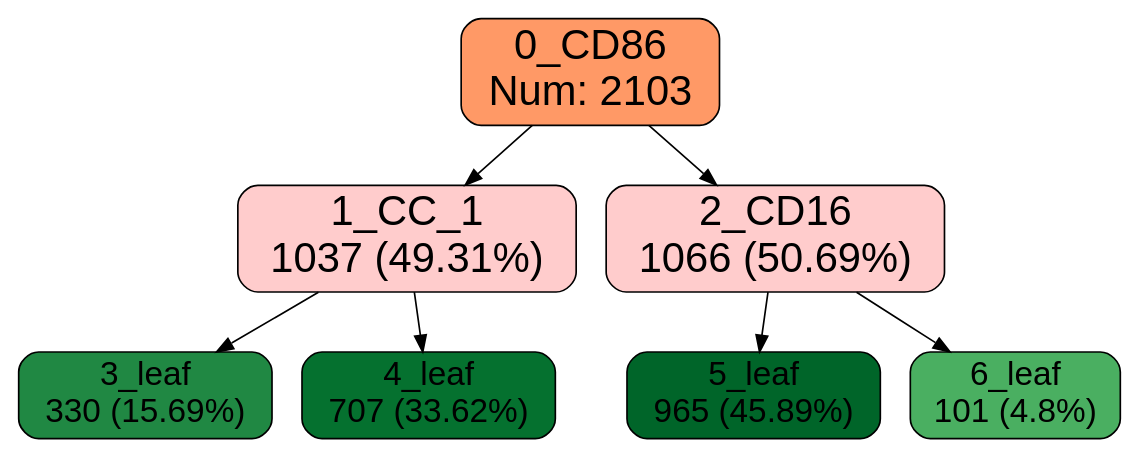
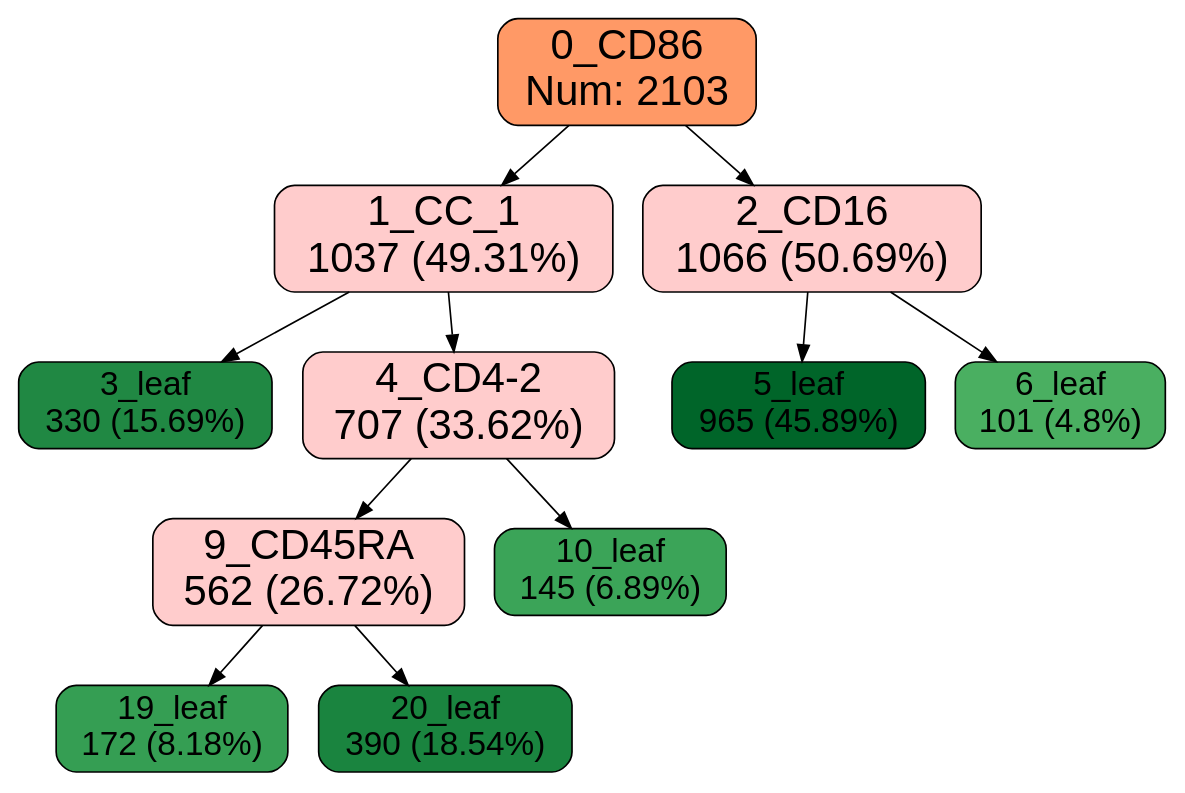
The diagram in outputs/example/3/3/tree.dot (xinzhu-email/CITE-pool), drawn with Graphviz before and after one commit. The commit also changed 23 other files, not shown here.

```diff
--- a/outputs/example/3/3/tree.dot
+++ b/outputs/example/3/3/tree.dot
@@ -1,1 +1,1 @@
-digraph Tree {node [shape=box, style="filled, rounded", color="black", fontname=helvetica] ;edge [fontname=helvetica] ;0 [label="0_CD86\nNum: 2103",fillcolor="#ff9966ff",fontsize=25];1 [label="1_CC_1\n1037 (49.31%)\n",fillcolor="#ffccccff",fontsize=25];0 -> 1 [labeldistance=3, label = "",fontsize=25, color=black, style=solid];2 [label="2_CD16\n1066 (50.69%)\n",fillcolor="#ffccccff",fontsize=25];0 -> 2 [labeldistance=3, label = "",fontsize=25, color=black, style=solid];3 [label="3_leaf\n330 (15.69%)\n",fillcolor="#208843",fontsize=20];1 -> 3 [labeldistance=3, label = "",fontsize=25, color=black, style=solid];4 [label="4_leaf\n707 (33.62%)\n",fillcolor="#05712f",fontsize=20];1 -> 4 [labeldistance=3, label = "",fontsize=25, color=black, style=solid];5 [label="5_leaf\n965 (45.89%)\n",fillcolor="#006529",fontsize=20];2 -> 5 [labeldistance=3, label = "",fontsize=25, color=black, style=solid];6 [label="6_leaf\n101 (4.8%)\n",fillcolor="#4aaf61",fontsize=20];2 -> 6 [labeldistance=3, label = "",fontsize=25, color=black, style=solid];}
+digraph Tree {node [shape=box, style="filled, rounded", color="black", fontname=helvetica] ;edge [fontname=helvetica] ;0 [label="0_CD86\nNum: 2103",fillcolor="#ff9966ff",fontsize=25];1 [label="1_CC_1\n1037 (49.31%)\n",fillcolor="#ffccccff",fontsize=25];0 -> 1 [labeldistance=3, label = "",fontsize=25, color=black, style=solid];2 [label="2_CD16\n1066 (50.69%)\n",fillcolor="#ffccccff",fontsize=25];0 -> 2 [labeldistance=3, label = "",fontsize=25, color=black, style=solid];3 [label="3_leaf\n330 (15.69%)\n",fillcolor="#208843",fontsize=20];1 -> 3 [labeldistance=3, label = "",fontsize=25, color=black, style=solid];4 [label="4_CD4-2\n707 (33.62%)\n",fillcolor="#ffccccff",fontsize=25];1 -> 4 [labeldistance=3, label = "",fontsize=25, color=black, style=solid];5 [label="5_leaf\n965 (45.89%)\n",fillcolor="#006529",fontsize=20];2 -> 5 [labeldistance=3, label = "",fontsize=25, color=black, style=solid];6 [label="6_leaf\n101 (4.8%)\n",fillcolor="#4aaf61",fontsize=20];2 -> 6 [labeldistance=3, label = "",fontsize=25, color=black, style=solid];9 [label="9_CD45RA\n562 (26.72%)\n",fillcolor="#ffccccff",fontsize=25];4 -> 9 [labeldistance=3, label = "",fontsize=25, color=black, style=solid];10 [label="10_leaf\n145 (6.89%)\n",fillcolor="#3ba458",fontsize=20];4 -> 10 [labeldistance=3, label = "",fontsize=25, color=black, style=solid];19 [label="19_leaf\n172 (8.18%)\n",fillcolor="#359e53",fontsize=20];9 -> 19 [labeldistance=3, label = "",fontsize=25, color=black, style=solid];20 [label="20_leaf\n390 (18.54%)\n",fillcolor="#1a843f",fontsize=20];9 -> 20 [labeldistance=3, label = "",fontsize=25, color=black, style=solid];}
```
